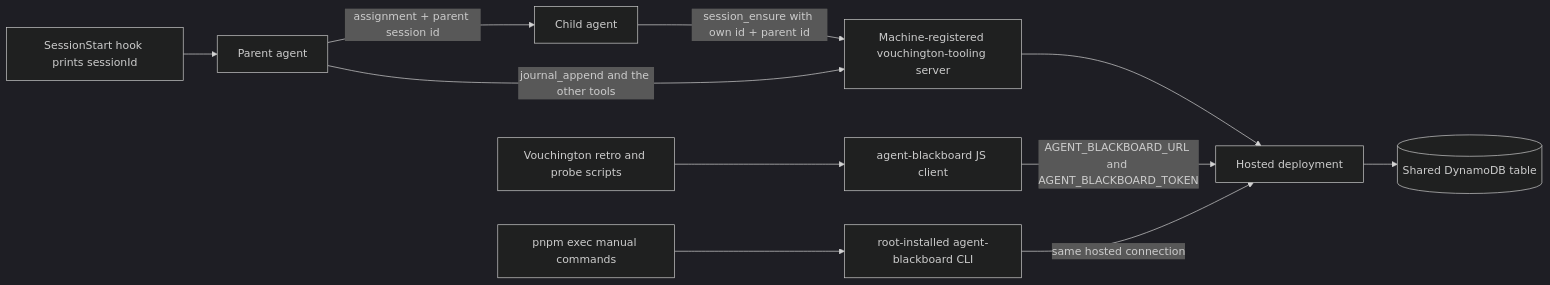
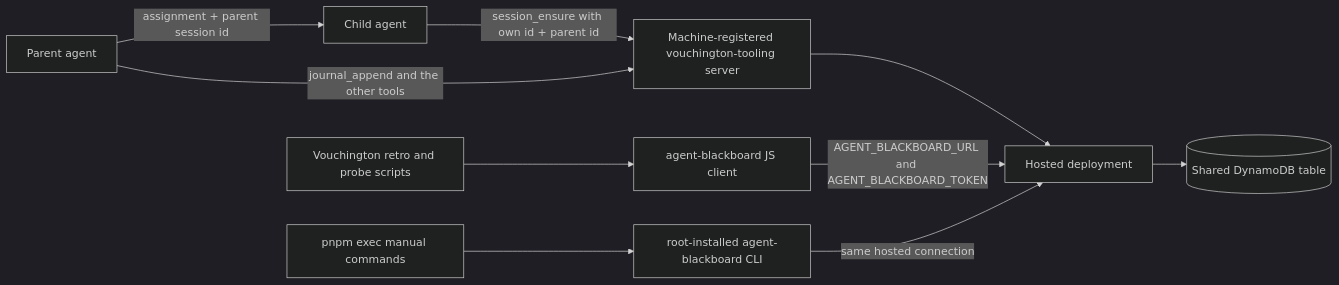
Before and after one commit to vouchington/vouchington: the diagram in docs/development/agent-blackboard.md, drawn with Mermaid (dark theme). The commit also changed other lines of this file and 52 other files, not shown here.

First line of the commit message:
chore(agents): remove command-policy hooks, tmux reminders, and the blackboard SessionStart hook

````diff
--- a/docs/development/agent-blackboard.md
+++ b/docs/development/agent-blackboard.md
@@ -13,13 +13,12 @@
 ```mermaid
 flowchart LR
   parent[Parent agent] -->|assignment + parent session id| child[Child agent]
   child -->|session_ensure with own id + parent id| mcp
-  hook[SessionStart hook prints sessionId] --> parent
   parent -->|journal_append and the other tools| mcp[Machine-registered vouchington-tooling server]
   scripts[Vouchington retro and probe scripts] --> js[agent-blackboard JS client]
   manual[pnpm exec manual commands] --> cli[root-installed agent-blackboard CLI]
   mcp --> lambda[Hosted deployment]
   js -->|AGENT_BLACKBOARD_URL and AGENT_BLACKBOARD_TOKEN| lambda
   cli -->|same hosted connection| lambda
   lambda --> table[(Shared DynamoDB table)]
 ```
````
